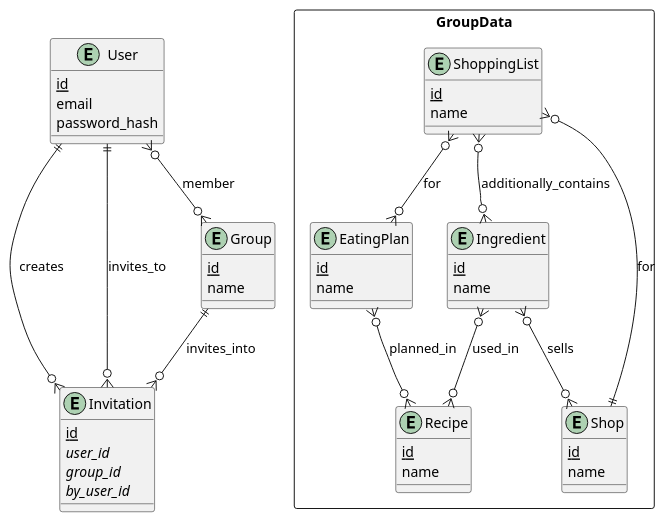
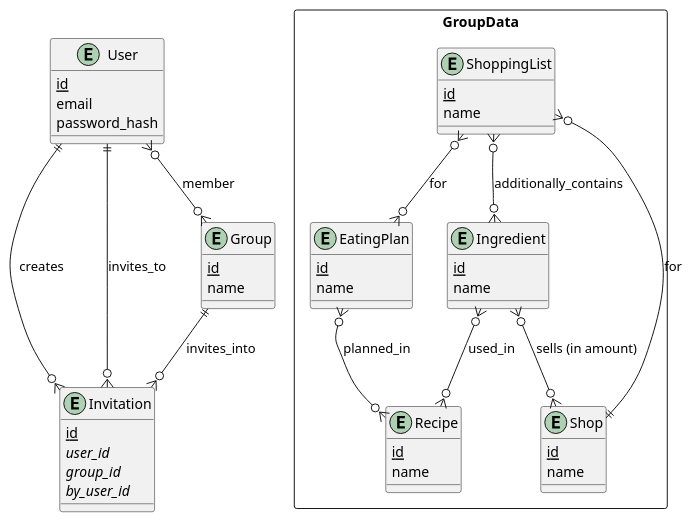
Before and after one commit to jeyj0/shopping-list-manager: the second of 2 diagrams in README.org, drawn with PlantUML. The commit also changed other lines of this file and 1 other file, not shown here.

Commit message:
add proper link to planned erm

```diff
--- a/README.org
+++ b/README.org
@@ -75,52 +77,52 @@
 #+begin_src plantuml :file data-model-plan.png
   package GroupData <<Rectangle>> {
     entity Ingredient {
 	{static} id
 	name
     }
     entity Recipe {
 	{static} id
 	name
     }
     entity EatingPlan {
 	{static} id
 	name
     }
     entity ShoppingList {
 	{static} id
 	name
     }
     entity Shop {
 	{static} id
 	name
     }
   }
   entity User {
        {static} id
        email
        password_hash
   }
   entity Invitation {
        {static} id
        {abstract} user_id
        {abstract} group_id
        {abstract} by_user_id
   }
   entity Group {
        {static} id
        name
   }
 
   User }o--o{ Group : member
   User ||--o{ Invitation : creates
   User ||--o{ Invitation : invites_to
   Group ||--o{ Invitation : invites_into
 
-  Ingredient }o--o{ Shop : sells
+  Ingredient }o--o{ Shop : sells (in amount)
   ShoppingList }o--|| Shop : for
 
   Ingredient }o--o{ Recipe : used_in
   EatingPlan }o--o{ Recipe : planned_in
   ShoppingList }o--o{ EatingPlan : for
   ShoppingList }o--o{ Ingredient : additionally_contains
 #+end_src
```
